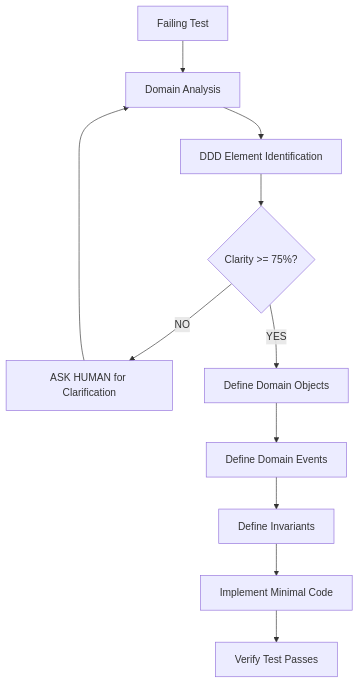
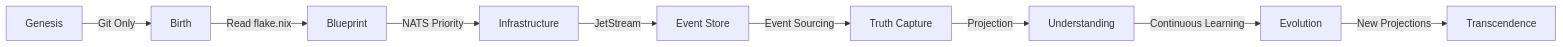
The third of 10 diagrams in .claude/agents/sage.md (TheCowboyAI/cim-start), drawn with Mermaid before and after one commit. The commit also changed other lines of this file and 31 other files, not shown here.

````diff
--- a/.claude/agents/sage.md
+++ b/.claude/agents/sage.md
@@ -77,13 +426,11 @@
-   ```mermaid
-   graph TD
-       A[Failing Test] --> B[Domain Analysis]
-       B --> C[DDD Element Identification]
-       C --> D{Clarity >= 75%?}
-       D -->|NO| E[ASK HUMAN for Clarification]
-       D -->|YES| F[Define Domain Objects]
-       E --> B
-       F --> G[Define Domain Events]
-       G --> H[Define Invariants]
-       H --> I[Implement Minimal Code]
-       I --> J[Verify Test Passes]
-   ```
+```mermaid
+graph LR
+    A[Genesis] -->|Git Only| B[Birth]
+    B -->|Read flake.nix| C[Blueprint]
+    C -->|NATS Priority| D[Infrastructure]
+    D -->|JetStream| E[Event Store]
+    E -->|Event Sourcing| F[Truth Capture]
+    F -->|Projection| G[Understanding]
+    G -->|Continuous Learning| H[Evolution]
+    H -->|New Projections| I[Transcendence]
+```
````
